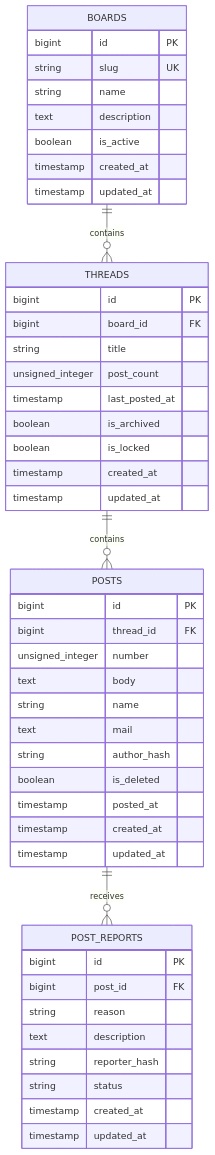
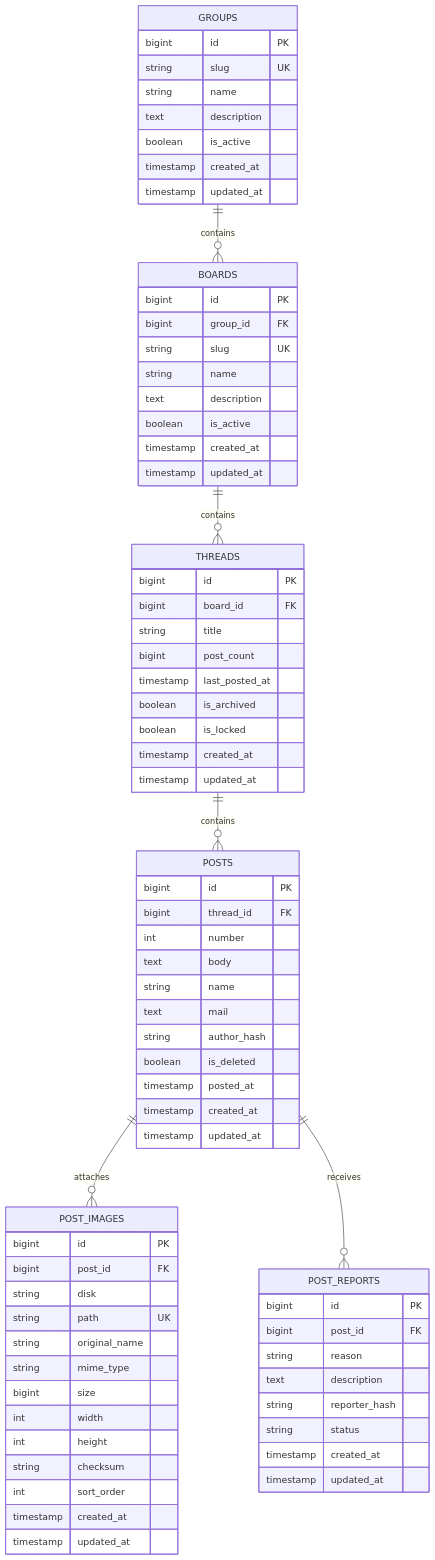
The diagram in README.md (feynoobs/TW_B), drawn with Mermaid before and after one commit. The commit also changed other lines of this file, not shown here.

````diff
--- a/README.md
+++ b/README.md
@@ -363,53 +425,82 @@
 ```mermaid
 erDiagram
+  GROUPS ||--o{ BOARDS : contains
   BOARDS ||--o{ THREADS : contains
   THREADS ||--o{ POSTS : contains
+  POSTS ||--o{ POST_IMAGES : attaches
   POSTS ||--o{ POST_REPORTS : receives
 
+  GROUPS {
+    bigint id PK
+    string slug UK
+    string name
+    text description
+    boolean is_active
+    timestamp created_at
+    timestamp updated_at
+  }
+
   BOARDS {
-    bigint  id PK
+    bigint id PK
+    bigint group_id FK
     string slug UK
     string name
     text description
     boolean is_active
     timestamp created_at
     timestamp updated_at
   }
 
   THREADS {
     bigint id PK
     bigint board_id FK
     string title
-    unsigned_integer post_count
+    bigint post_count
     timestamp last_posted_at
     boolean is_archived
     boolean is_locked
     timestamp created_at
     timestamp updated_at
   }
 
   POSTS {
     bigint id PK
     bigint thread_id FK
-    unsigned_integer number
+    int number
     text body
     string name
     text mail
     string author_hash
     boolean is_deleted
     timestamp posted_at
+    timestamp created_at
+    timestamp updated_at
+  }
+
+  POST_IMAGES {
+    bigint id PK
+    bigint post_id FK
+    string disk
+    string path UK
+    string original_name
+    string mime_type
+    bigint size
+    int width
+    int height
+    string checksum
+    int sort_order
     timestamp created_at
     timestamp updated_at
   }
 
   POST_REPORTS {
     bigint id PK
     bigint post_id FK
     string reason
     text description
     string reporter_hash
     string status
     timestamp created_at
     timestamp updated_at
   }
 ```
````
